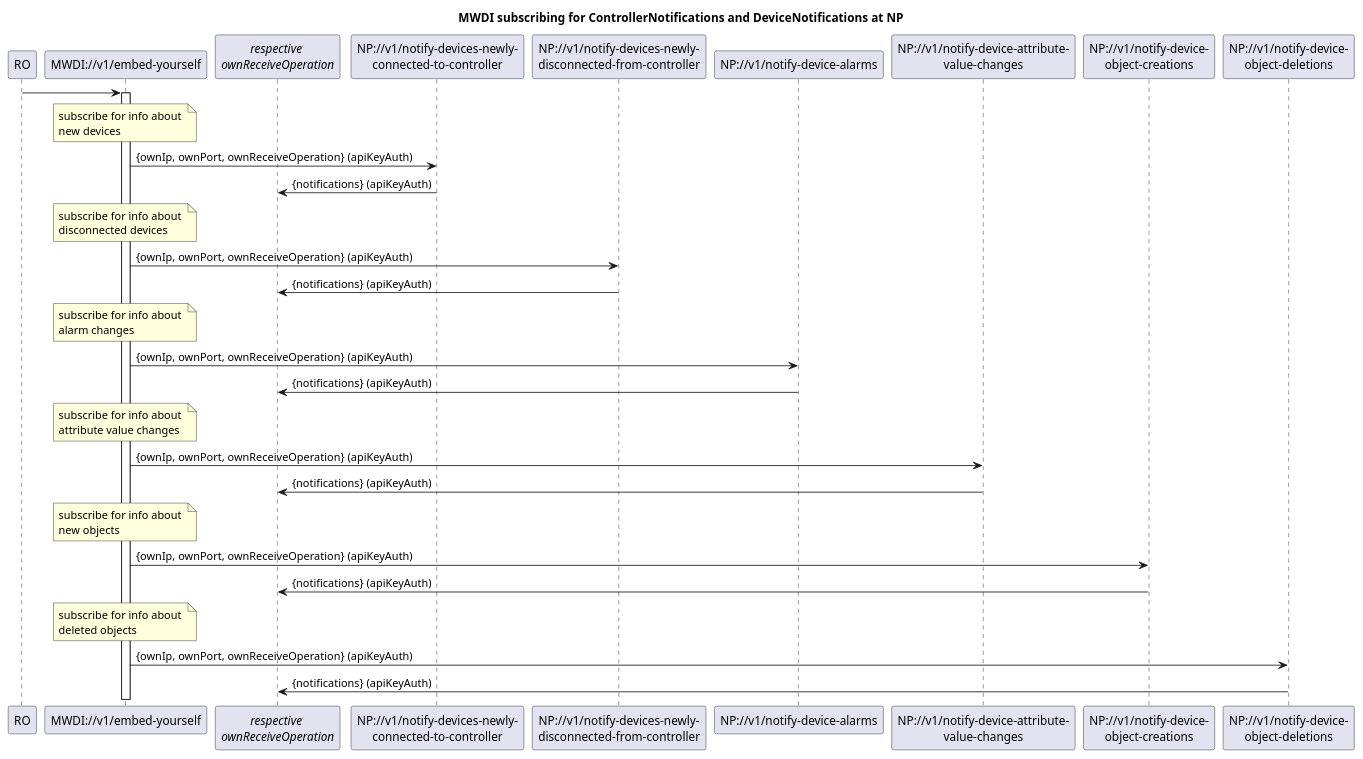
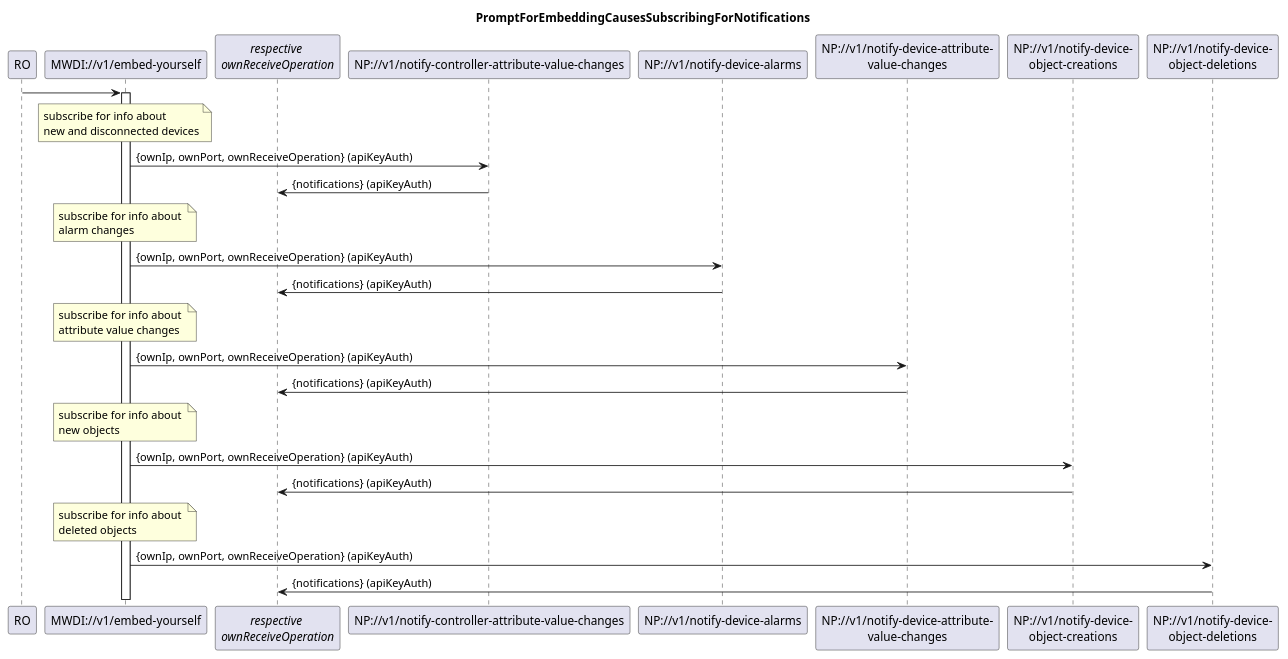
Before and after one commit to openBackhaul/MicroWaveDeviceInventory: the diagram in spec/diagrams/01x_MwdiSubscribesAtNp.plantuml, drawn with PlantUML. The commit also changed 9 other files, not shown here.

```diff
--- a/spec/diagrams/01x_MwdiSubscribesAtNp.plantuml
+++ b/spec/diagrams/01x_MwdiSubscribesAtNp.plantuml
@@ -1,43 +1,38 @@
 @startuml 01x_MwdiSubscribesAtNp
 skinparam responseMessageBelowArrow true
 
-title MWDI subscribing for ControllerNotifications and DeviceNotifications at NP
+title PromptForEmbeddingCausesSubscribingForNotifications
 
 participant "RO" as ro
 participant "MWDI://v1/embed-yourself" as mwdi
 participant "<i>respective</i> \n<i>ownReceiveOperation</i>" as receivers
-participant "NP://v1/notify-devices-newly-\nconnected-to-controller" as npnew
-participant "NP://v1/notify-devices-newly-\ndisconnected-from-controller" as npdisconnected
+participant "NP://v1/notify-controller-attribute-value-changes" as npnew
 participant "NP://v1/notify-device-alarms" as npalarm
 participant "NP://v1/notify-device-attribute-\nvalue-changes" as npattributechange
 participant "NP://v1/notify-device-\nobject-creations" as npobjcreate
 participant "NP://v1/notify-device-\nobject-deletions" as npobjdelete
 
 ro -> mwdi
 activate mwdi
 
-note over mwdi: subscribe for info about \nnew devices
+note over mwdi: subscribe for info about \nnew and disconnected devices
 mwdi -> npnew: {ownIp, ownPort, ownReceiveOperation} (apiKeyAuth)
 npnew -> receivers: {notifications} (apiKeyAuth)
-
-note over mwdi: subscribe for info about \ndisconnected devices
-mwdi -> npdisconnected: {ownIp, ownPort, ownReceiveOperation} (apiKeyAuth)
-npdisconnected -> receivers: {notifications} (apiKeyAuth)
 
 note over mwdi: subscribe for info about \nalarm changes
 mwdi -> npalarm: {ownIp, ownPort, ownReceiveOperation} (apiKeyAuth)
 npalarm -> receivers: {notifications} (apiKeyAuth)
 
 note over mwdi: subscribe for info about \nattribute value changes
 mwdi -> npattributechange: {ownIp, ownPort, ownReceiveOperation} (apiKeyAuth)
 npattributechange -> receivers: {notifications} (apiKeyAuth)
 
 note over mwdi: subscribe for info about \nnew objects
 mwdi -> npobjcreate: {ownIp, ownPort, ownReceiveOperation} (apiKeyAuth)
 npobjcreate -> receivers: {notifications} (apiKeyAuth)
 
 note over mwdi: subscribe for info about \ndeleted objects
 mwdi -> npobjdelete: {ownIp, ownPort, ownReceiveOperation} (apiKeyAuth)
 npobjdelete -> receivers: {notifications} (apiKeyAuth)
 
 @enduml
```
